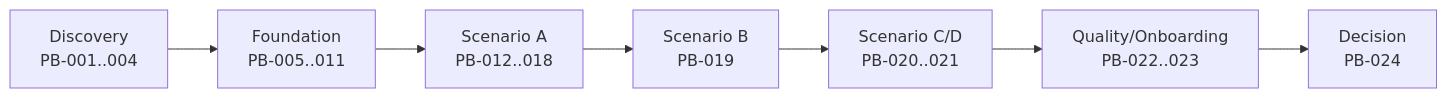
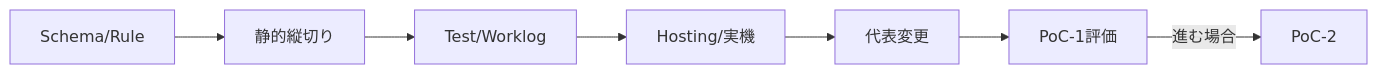
The diagram in docs/12_product_backlog.md (tatsumasanakamura-max/Platform), drawn with Mermaid before and after one commit. The commit also changed other lines of this file and 16 other files, not shown here.

````diff
--- a/docs/12_product_backlog.md
+++ b/docs/12_product_backlog.md
@@ -38,9 +41,9 @@
 ```mermaid
 flowchart LR
-  D[Discovery<br/>PB-001..004] --> F[Foundation<br/>PB-005..011]
-  F --> A[Scenario A<br/>PB-012..018]
-  A --> B[Scenario B<br/>PB-019]
-  B --> C[Scenario C/D<br/>PB-020..021]
-  C --> Q[Quality/Onboarding<br/>PB-022..023]
-  Q --> R[Decision<br/>PB-024]
+  A[Schema/Rule] --> B[静的縦切り]
+  B --> C[Test/Worklog]
+  C --> D[Hosting/実機]
+  D --> E[代表変更]
+  E --> F[PoC-1評価]
+  F -->|進む場合| G[PoC-2]
 ```
````
